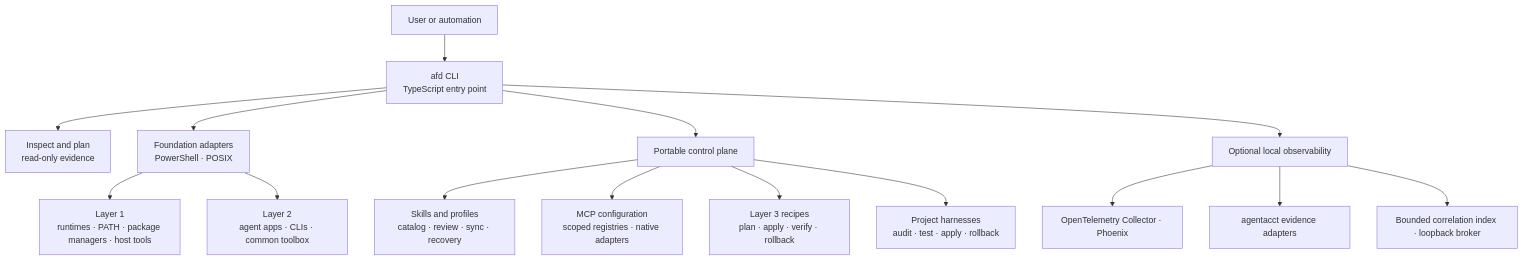
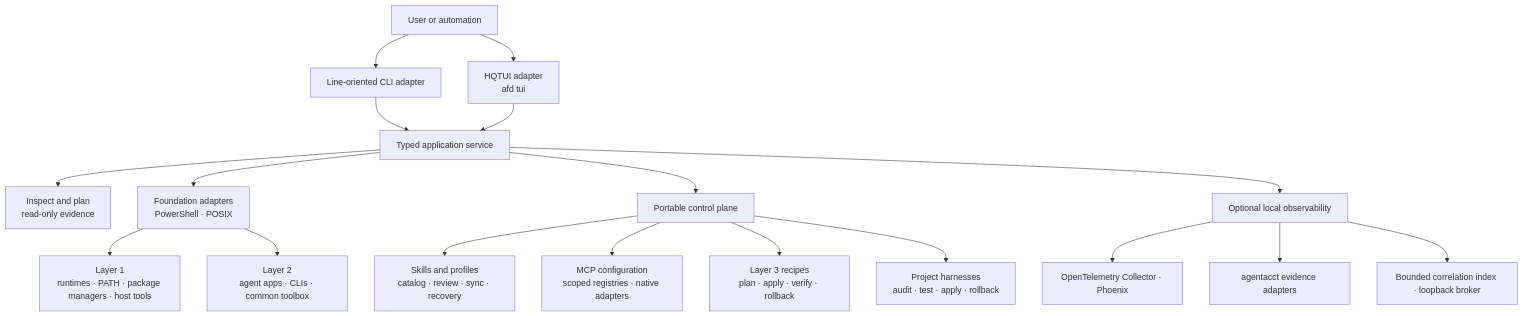
One commit to smota/ai-foundry-desk changed the first of 2 diagrams in docs/ARCHITECTURE.md. Above: the diagram before and after it, drawn with Mermaid. The commit also changed other lines of this file and 33 other files, not shown here.

Commit message:
feat: release interactive AFD TUI (#2)

````diff
--- a/docs/ARCHITECTURE.md
+++ b/docs/ARCHITECTURE.md
@@ -9,20 +10,23 @@
 ```mermaid
 flowchart TB
-    U["User or automation"] --> CLI["afd CLI<br/>TypeScript entry point"]
-    CLI --> P["Inspect and plan<br/>read-only evidence"]
-    CLI --> F["Foundation adapters<br/>PowerShell · POSIX"]
-    CLI --> C["Portable control plane"]
-    CLI --> O["Optional local observability"]
+    U["User or automation"] --> CLI["Line-oriented CLI adapter"]
+    U --> TUI["HQTUI adapter<br/>afd tui"]
+    CLI --> APP["Typed application service"]
+    TUI --> APP
+    APP --> P["Inspect and plan<br/>read-only evidence"]
+    APP --> F["Foundation adapters<br/>PowerShell · POSIX"]
+    APP --> C["Portable control plane"]
+    APP --> O["Optional local observability"]
 
     F --> L1["Layer 1<br/>runtimes · PATH · package managers · host tools"]
     F --> L2["Layer 2<br/>agent apps · CLIs · common toolbox"]
 
     C --> S["Skills and profiles<br/>catalog · review · sync · recovery"]
     C --> M["MCP configuration<br/>scoped registries · native adapters"]
     C --> R["Layer 3 recipes<br/>plan · apply · verify · rollback"]
     C --> H["Project harnesses<br/>audit · test · apply · rollback"]
 
     O --> OT["OpenTelemetry Collector · Phoenix"]
     O --> EA["agentacct evidence adapters"]
     O --> BI["Bounded correlation index · loopback broker"]
 ```
````
